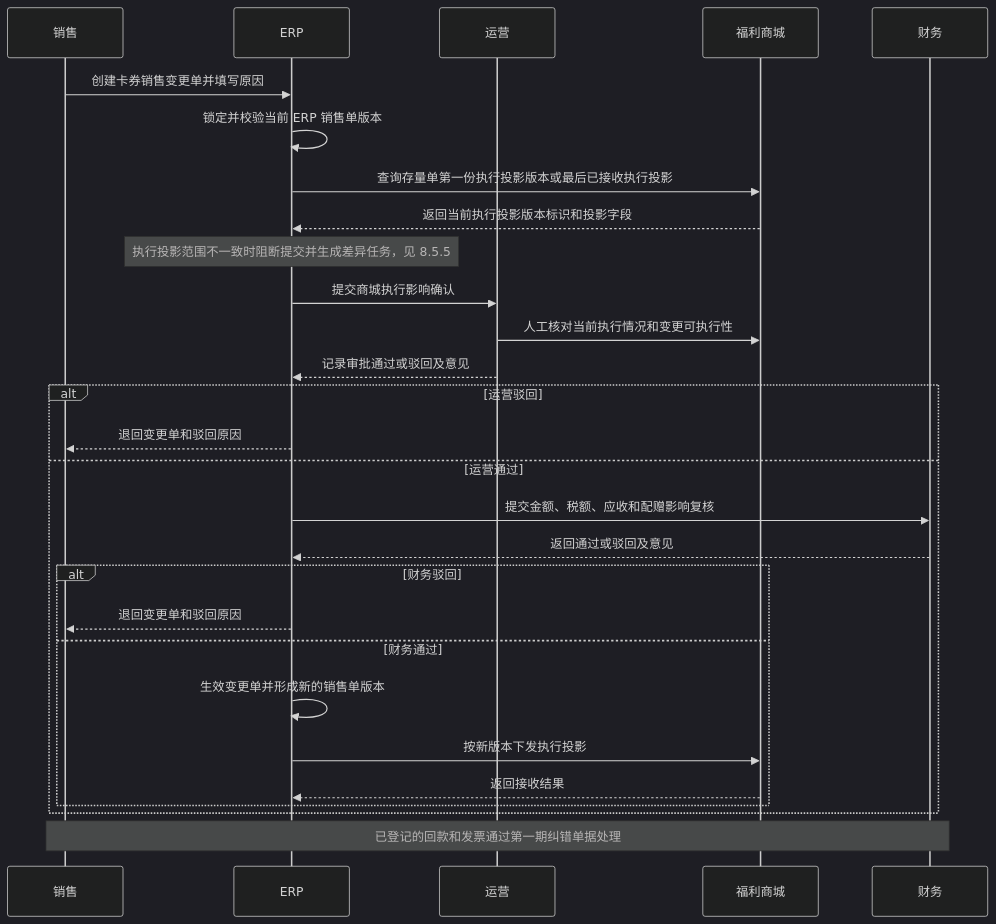
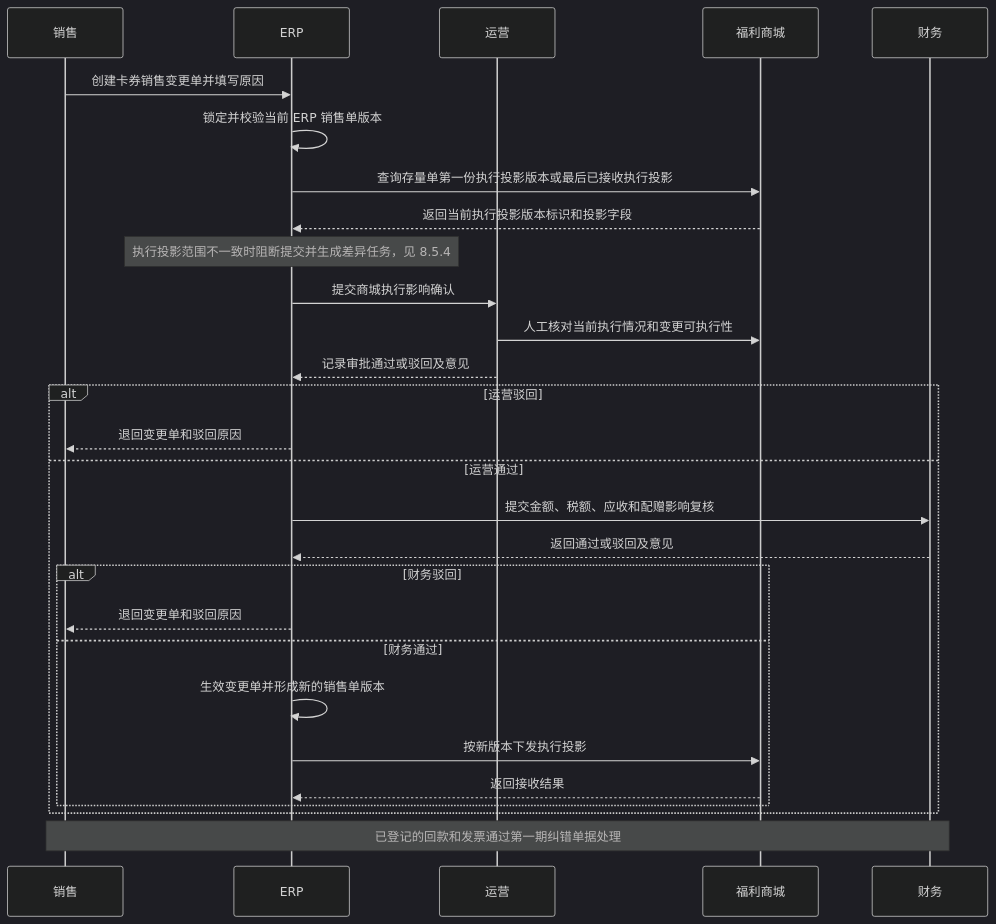
One commit to mztlive/erp changed the fourth of 5 diagrams in docs/erp-phase-2.md. Above: the diagram before and after it, drawn with Mermaid (dark theme). The commit also changed other lines of this file and 38 other files, not shown here.

````diff
--- a/docs/erp-phase-2.md
+++ b/docs/erp-phase-2.md
@@ -527,31 +526,31 @@
 ```mermaid
 sequenceDiagram
   participant 销售
   participant ERP
   participant 运营
   participant 商城 as 福利商城
   participant 财务
 
   销售->>ERP: 创建卡券销售变更单并填写原因
   ERP->>ERP: 锁定并校验当前 ERP 销售单版本
   ERP->>商城: 查询存量单第一份执行投影版本或最后已接收执行投影
   商城-->>ERP: 返回当前执行投影版本标识和投影字段
-  Note over ERP: 执行投影范围不一致时阻断提交并生成差异任务，见 8.5.5
+  Note over ERP: 执行投影范围不一致时阻断提交并生成差异任务，见 8.5.4
   ERP->>运营: 提交商城执行影响确认
   运营->>商城: 人工核对当前执行情况和变更可执行性
   运营-->>ERP: 记录审批通过或驳回及意见
   alt 运营驳回
     ERP-->>销售: 退回变更单和驳回原因
   else 运营通过
     ERP->>财务: 提交金额、税额、应收和配赠影响复核
     财务-->>ERP: 返回通过或驳回及意见
     alt 财务驳回
       ERP-->>销售: 退回变更单和驳回原因
     else 财务通过
       ERP->>ERP: 生效变更单并形成新的销售单版本
       ERP->>商城: 按新版本下发执行投影
       商城-->>ERP: 返回接收结果
     end
   end
   Note over 销售,财务: 已登记的回款和发票通过第一期纠错单据处理
 ```
````
